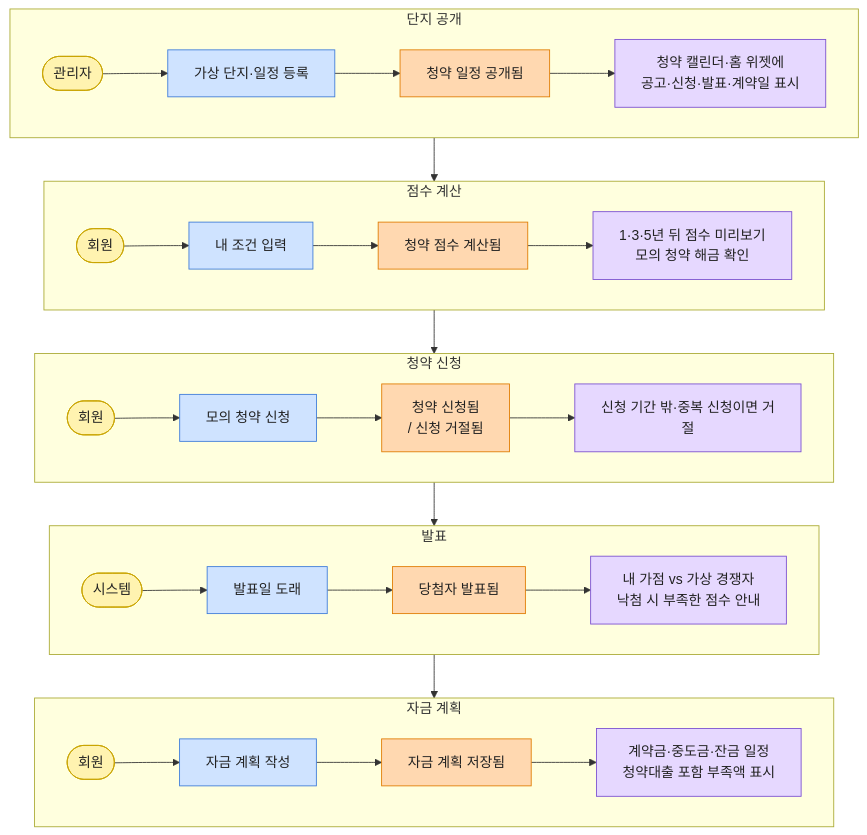
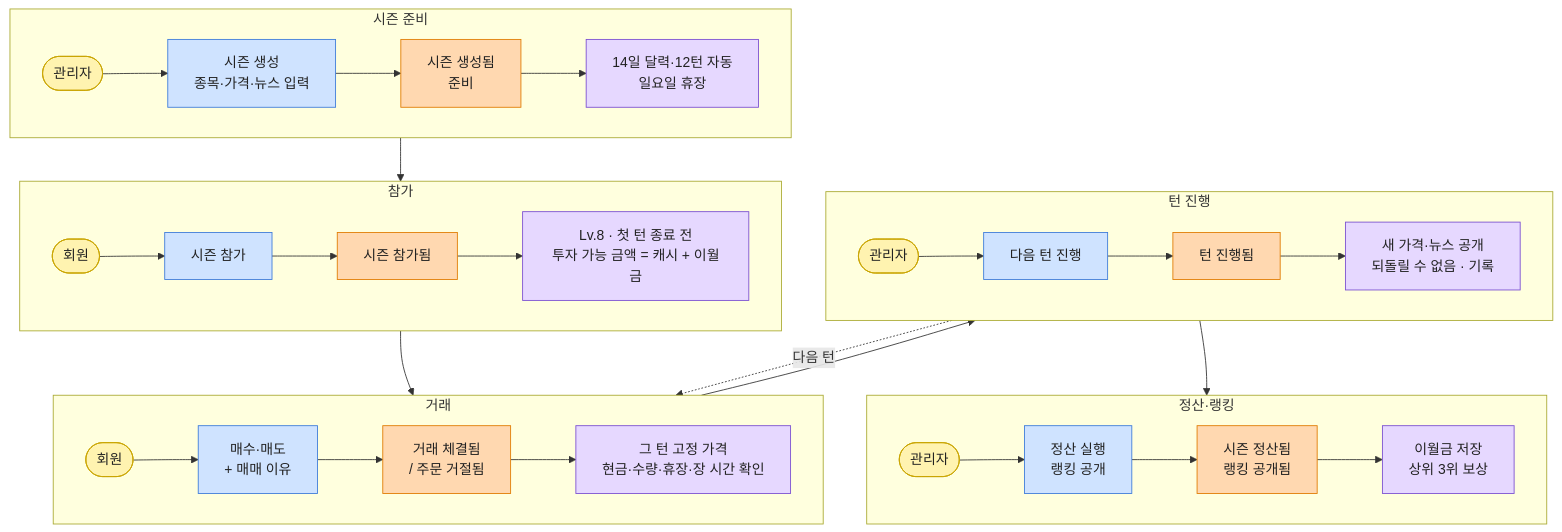
Before and after one commit to bukkeu/my-home-finish: the sixth of 13 diagrams in docs/MoneyBeetle_업무분석.md, drawn with Mermaid. The commit also changed other lines of this file, not shown here.

````diff
--- a/docs/MoneyBeetle_업무분석.md
+++ b/docs/MoneyBeetle_업무분석.md
@@ -375,28 +328,29 @@
 ```mermaid
 flowchart TB
-    subgraph S1["단지 공개"]
+    subgraph S1["시즌 준비"]
         direction LR
-        a1(["관리자"]):::act --> c1["가상 단지·일정 등록"]:::cmd --> e1["청약 일정 공개됨"]:::evt --> p1["청약 캘린더·홈 위젯에<br/>공고·신청·발표·계약일 표시"]:::pol
+        a1(["관리자"]):::act --> c1["시즌 생성<br/>종목·가격·뉴스 입력"]:::cmd --> e1["시즌 생성됨<br/>준비"]:::evt --> p1["14일 달력·12턴 자동<br/>일요일 휴장"]:::pol
     end
-    subgraph S2["점수 계산"]
+    subgraph S2["참가"]
         direction LR
-        a2(["회원"]):::act --> c2["내 조건 입력"]:::cmd --> e2["청약 점수 계산됨"]:::evt --> p2["1·3·5년 뒤 점수 미리보기<br/>모의 청약 해금 확인"]:::pol
+        a2(["회원"]):::act --> c2["시즌 참가"]:::cmd --> e2["시즌 참가됨"]:::evt --> p2["Lv.8 · 첫 턴 종료 전<br/>투자 가능 금액 = 캐시 + 이월금"]:::pol
     end
-    subgraph S3["청약 신청"]
+    subgraph S3["거래"]
         direction LR
-        a3(["회원"]):::act --> c3["모의 청약 신청"]:::cmd --> e3["청약 신청됨<br/>/ 신청 거절됨"]:::evt --> p3["신청 기간 밖·중복 신청이면 거절"]:::pol
+        a3(["회원"]):::act --> c3["매수·매도<br/>+ 매매 이유"]:::cmd --> e3["거래 체결됨<br/>/ 주문 거절됨"]:::evt --> p3["그 턴 고정 가격<br/>현금·수량·휴장·장 시간 확인"]:::pol
     end
-    subgraph S4["발표"]
+    subgraph S4["턴 진행"]
         direction LR
-        a4(["시스템"]):::act --> c4["발표일 도래"]:::cmd --> e4["당첨자 발표됨"]:::evt --> p4["내 가점 vs 가상 경쟁자<br/>낙첨 시 부족한 점수 안내"]:::pol
+        a4(["관리자"]):::act --> c4["다음 턴 진행"]:::cmd --> e4["턴 진행됨"]:::evt --> p4["새 가격·뉴스 공개<br/>되돌릴 수 없음 · 기록"]:::pol
     end
-    subgraph S5["자금 계획"]
+    subgraph S5["정산·랭킹"]
         direction LR
-        a5(["회원"]):::act --> c5["자금 계획 작성"]:::cmd --> e5["자금 계획 저장됨"]:::evt --> p5["계약금·중도금·잔금 일정<br/>청약대출 포함 부족액 표시"]:::pol
+        a5(["관리자"]):::act --> c5["정산 실행<br/>랭킹 공개"]:::cmd --> e5["시즌 정산됨<br/>랭킹 공개됨"]:::evt --> p5["이월금 저장<br/>상위 3위 보상"]:::pol
     end
     S1 --> S2 --> S3 --> S4 --> S5
+    S4 -. 다음 턴 .-> S3
     classDef act fill:#FFF3B0,stroke:#C9A400,color:#222
     classDef cmd fill:#CFE3FF,stroke:#3D7BD9,color:#222
     classDef evt fill:#FFD8B0,stroke:#E07B00,color:#222
     classDef pol fill:#E6D8FF,stroke:#7A4FD0,color:#222
 ```
````
